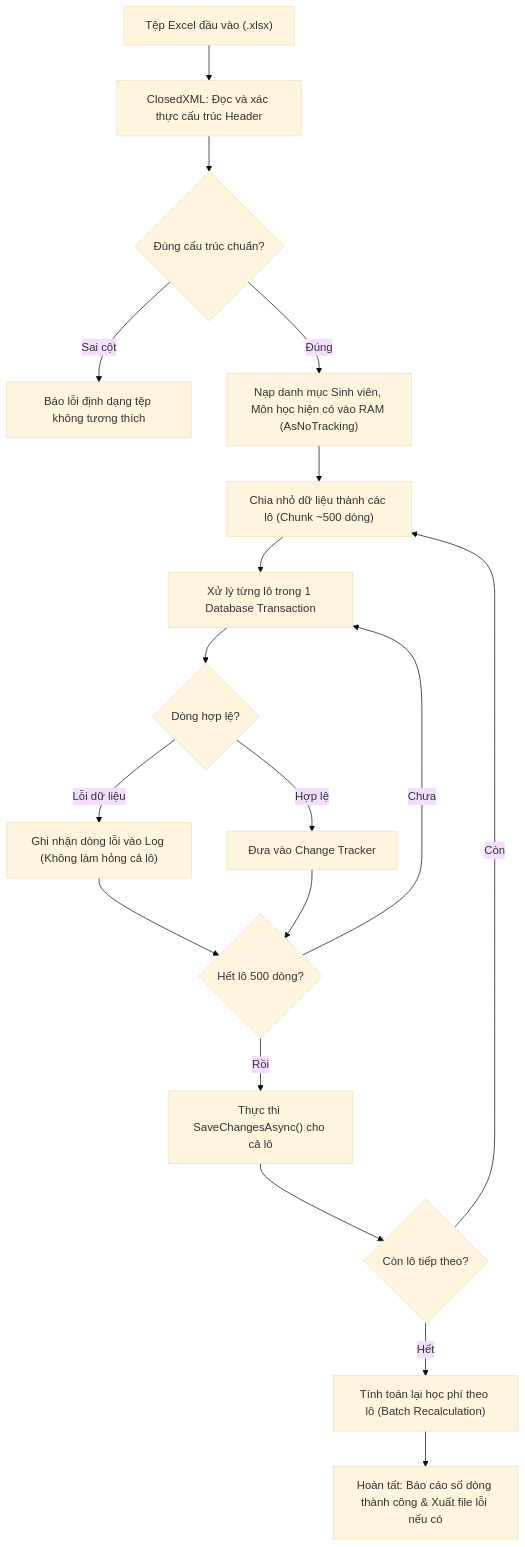
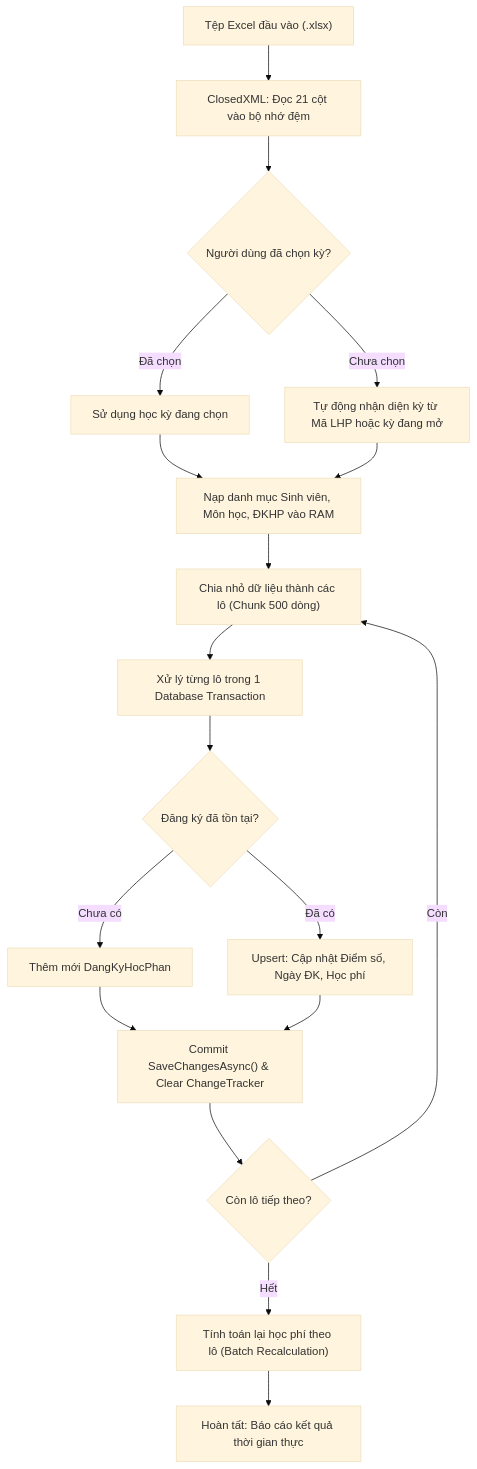
Before and after one commit to Nguyen06-CSE/quan-li-dang-ky-hoc-phan: the diagram in docs/01-dac-ta-ung-dung/chuc-nang/F09-import-excel-du-lieu-lon.md, drawn with Mermaid (base theme). The commit also changed other lines of this file and 29 other files, not shown here.

First line of the commit message:
feat(nhom-2): nghiep vu dang ky hoc phan va tinh hoc phi

````diff
--- a/docs/01-dac-ta-ung-dung/chuc-nang/F09-import-excel-du-lieu-lon.md
+++ b/docs/01-dac-ta-ung-dung/chuc-nang/F09-import-excel-du-lieu-lon.md
@@ -22,20 +52,20 @@
 ```mermaid
 flowchart TD
-    File["Tệp Excel đầu vào (.xlsx)"] --> Parse["ClosedXML: Đọc và xác thực cấu trúc Header"]
-    Parse --> ValidateFormat{"Đúng cấu trúc chuẩn?"}
-    ValidateFormat -- Sai cột --> Abort["Báo lỗi định dạng tệp không tương thích"]
-    ValidateFormat -- Đúng --> PreloadCache["Nạp danh mục Sinh viên, Môn học hiện có vào RAM (AsNoTracking)"]
-    PreloadCache --> SplitBatch["Chia nhỏ dữ liệu thành các lô (Chunk ~500 dòng)"]
+    File["Tệp Excel đầu vào (.xlsx)"] --> Parse["ClosedXML: Đọc 21 cột vào bộ nhớ đệm"]
+    Parse --> AutoDetectHk{"Người dùng đã chọn kỳ?"}
+    AutoDetectHk -- Đã chọn --> UseSelected["Sử dụng học kỳ đang chọn"]
+    AutoDetectHk -- Chưa chọn --> InferHk["Tự động nhận diện kỳ từ Mã LHP hoặc kỳ đang mở"]
+    UseSelected --> PreloadCache["Nạp danh mục Sinh viên, Môn học, ĐKHP vào RAM"]
+    InferHk --> PreloadCache
+    PreloadCache --> SplitBatch["Chia nhỏ dữ liệu thành các lô (Chunk 500 dòng)"]
     SplitBatch --> ProcessChunk["Xử lý từng lô trong 1 Database Transaction"]
-    ProcessChunk --> ValidateRow{"Dòng hợp lệ?"}
-    ValidateRow -- Lỗi dữ liệu --> RecordError["Ghi nhận dòng lỗi vào Log (Không làm hỏng cả lô)"]
-    ValidateRow -- Hợp lệ --> StageEntity["Đưa vào Change Tracker"]
-    RecordError --> CheckChunkEnd{"Hết lô 500 dòng?"}
-    StageEntity --> CheckChunkEnd
-    CheckChunkEnd -- Chưa --> ProcessChunk
-    CheckChunkEnd -- Rồi --> CommitChunk["Thực thi SaveChangesAsync() cho cả lô"]
+    ProcessChunk --> CheckDkExists{"Đăng ký đã tồn tại?"}
+    CheckDkExists -- Chưa có --> InsertDk["Thêm mới DangKyHocPhan"]
+    CheckDkExists -- Đã có --> UpsertDk["Upsert: Cập nhật Điểm số, Ngày ĐK, Học phí"]
+    InsertDk --> CommitChunk["Commit SaveChangesAsync() & Clear ChangeTracker"]
+    UpsertDk --> CommitChunk
     CommitChunk --> NextChunk{"Còn lô tiếp theo?"}
     NextChunk -- Còn --> SplitBatch
     NextChunk -- Hết --> RecalcTuition["Tính toán lại học phí theo lô (Batch Recalculation)"]
-    RecalcTuition --> Finish["Hoàn tất: Báo cáo số dòng thành công & Xuất file lỗi nếu có"]
+    RecalcTuition --> Finish["Hoàn tất: Báo cáo kết quả thời gian thực"]
 ```
````
